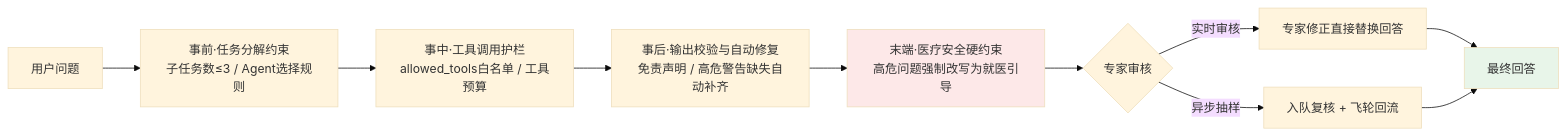
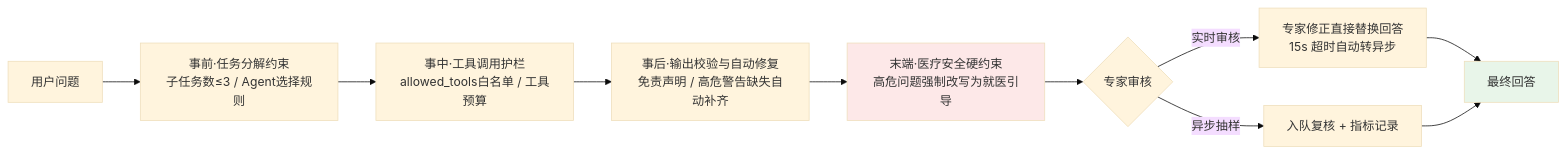
One commit to Cecil09312/medicalAgent changed the fifth of 5 diagrams in medicalAgent/README.md. Above: the diagram before and after it, drawn with Mermaid (base theme). The commit also changed other lines of this file and 2 other files, not shown here.

````diff
--- a/medicalAgent/README.md
+++ b/medicalAgent/README.md
@@ -182,15 +182,15 @@
 ```mermaid
 flowchart LR
     Q[用户问题] --> V1[事前·任务分解约束<br/>子任务数≤3 / Agent选择规则]
     V1 --> V2[事中·工具调用护栏<br/>allowed_tools白名单 / 工具预算]
     V2 --> V3[事后·输出校验与自动修复<br/>免责声明 / 高危警告缺失自动补齐]
     V3 --> V4[末端·医疗安全硬约束<br/>高危问题强制改写为就医引导]
     V4 --> H{专家审核}
-    H -->|实时审核| E1[专家修正直接替换回答]
-    H -->|异步抽样| E2[入队复核 + 飞轮回流]
+    H -->|实时审核| E1[专家修正直接替换回答<br/>15s 超时自动转异步]
+    H -->|异步抽样| E2[入队复核 + 指标记录]
     E1 --> A[最终回答]
     E2 --> A
 
     style V4 fill:#fde8e8
     style A fill:#e8f5e9
 ```
````
